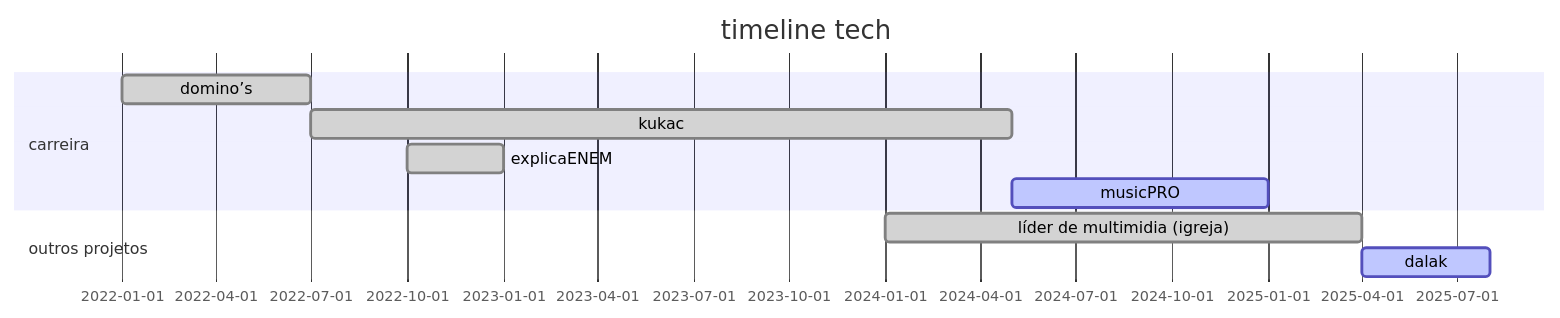
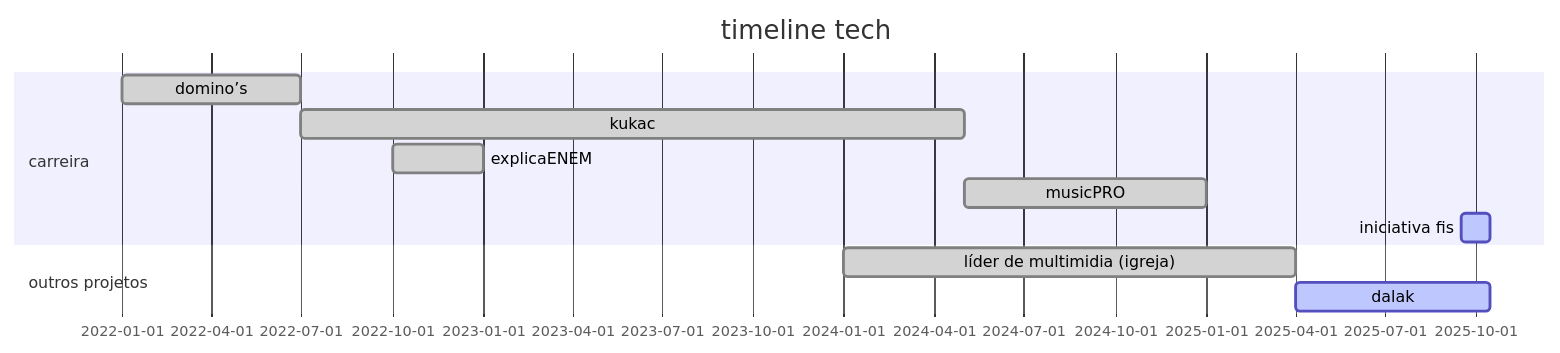
The diagram in README.md (devgustavovasquez/devgustavovasquez), drawn with Mermaid before and after one commit. The commit also changed other lines of this file, not shown here.

````diff
--- a/README.md
+++ b/README.md
@@ -6,17 +6,18 @@
 ```mermaid
 
 gantt
 dateFormat  YYYY-MM-DD
 title timeline tech
 
     section carreira
     domino’s                             :done,, 2022-01-01, 2022-07-01
     kukac                                :done,, 2022-07-01, 2024-05-01
     explicaENEM                          :done,, 2022-10-01, 2023-01-01
-    musicPRO                             :active,, 2024-05-01, 2025-01-01
+    musicPRO                             :done,, 2024-05-01, 2025-01-01
+    iniciativa fis                       :active,, 2025-09-16, 2025-10-15
 
 
     section outros projetos
     líder de multimidia (igreja)         :done,, 2024-01-01, 2025-04-01
-    dalak                                :active,, 2025-04-01, 2025-08-01
+    dalak                                :active,, 2025-04-01, 2025-10-15
 ```
````
